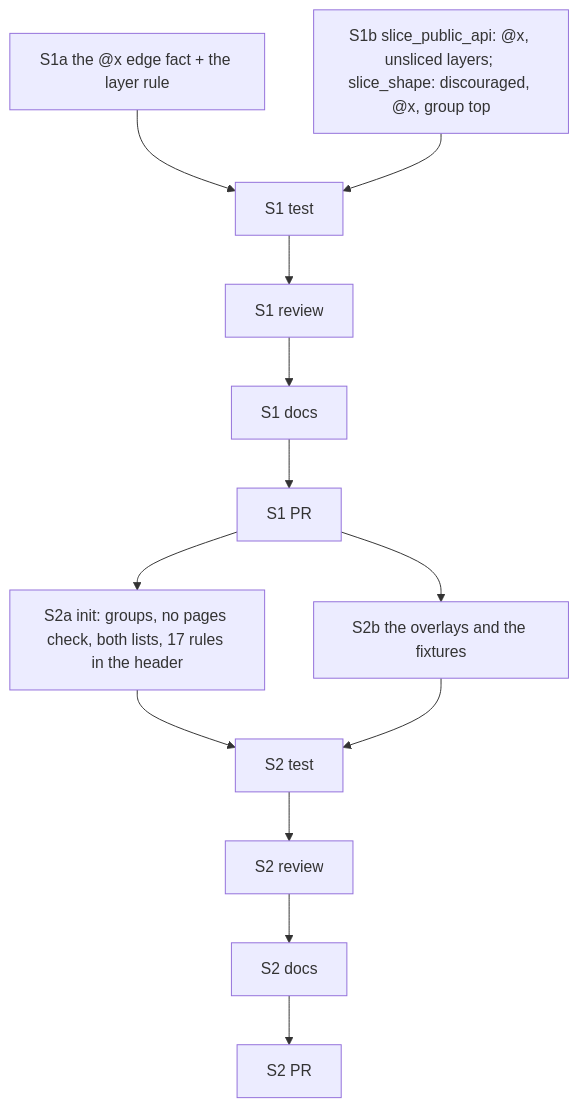
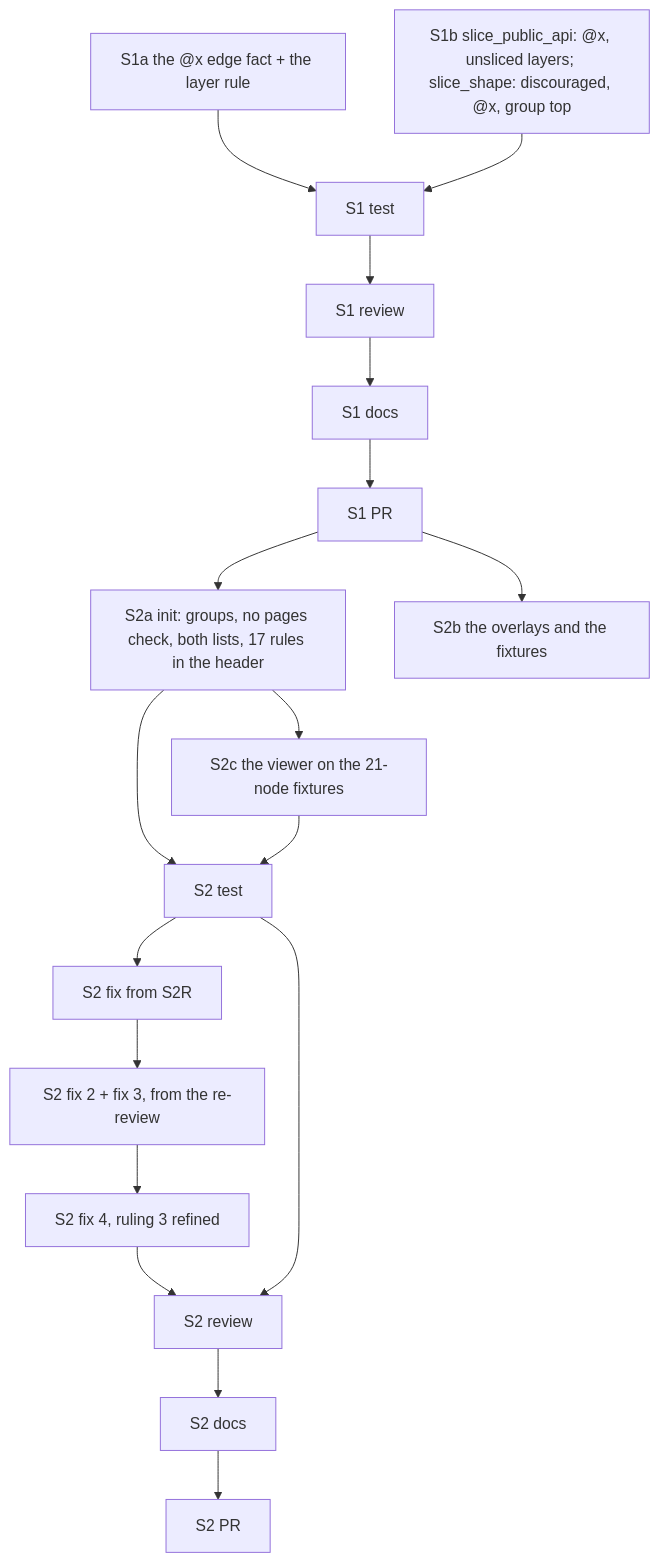
The diagram in .claude/development/docs/features/BDL-082/PLAN.md (zoologov/beadloom), drawn with Mermaid before and after one commit. The commit also changed other lines of this file and 117 other files, not shown here.

````diff
--- a/.claude/development/docs/features/BDL-082/PLAN.md
+++ b/.claude/development/docs/features/BDL-082/PLAN.md
@@ -17,11 +17,16 @@
 ```mermaid
 graph TD
     S1a[S1a the @x edge fact + the layer rule] --> S1T[S1 test]
     S1b[S1b slice_public_api: @x, unsliced layers; slice_shape: discouraged, @x, group top] --> S1T
     S1T --> S1R[S1 review] --> S1W[S1 docs] --> S1P[S1 PR]
     S1P --> S2a[S2a init: groups, no pages check, both lists, 17 rules in the header]
     S1P --> S2b[S2b the overlays and the fixtures]
     S2a --> S2T[S2 test]
-    S2b --> S2T
+    S2a --> S2c[S2c the viewer on the 21-node fixtures]
+    S2c --> S2T
+    S2T --> S2fix[S2 fix from S2R]
+    S2fix --> S2fix2[S2 fix 2 + fix 3, from the re-review]
+    S2fix2 --> S2fix4[S2 fix 4, ruling 3 refined]
+    S2fix4 --> S2R
     S2T --> S2R[S2 review] --> S2W[S2 docs] --> S2P[S2 PR]
 ```
````
